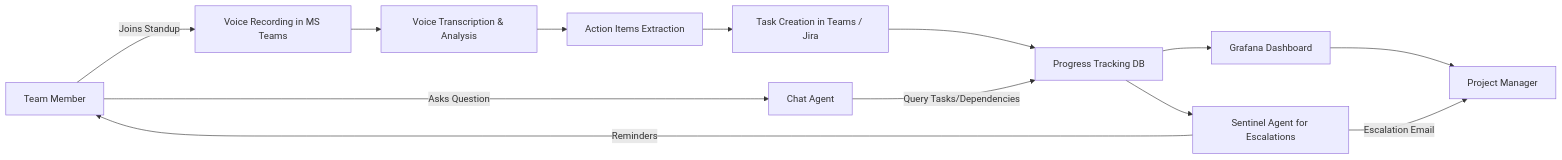
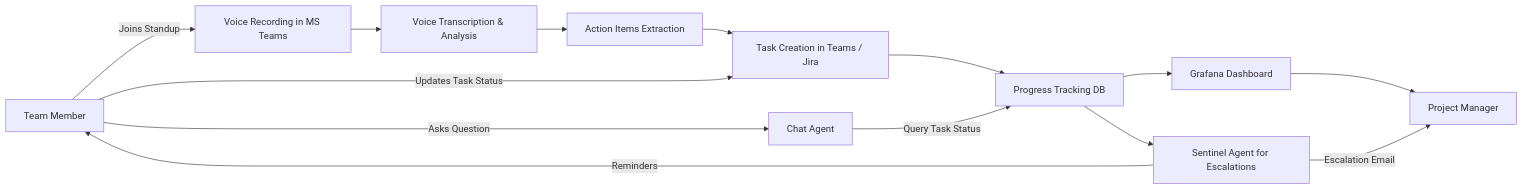
One commit to dullaraviteja7/agentic-ai changed the third of 3 diagrams in README.md. Above: the diagram before and after it, drawn with Mermaid. The commit also changed other lines of this file, not shown here.

````diff
--- a/README.md
+++ b/README.md
@@ -254,16 +242,18 @@
 ```mermaid
 graph LR
     A[Team Member] -->|Joins Standup| B[Voice Recording in MS Teams]
     B --> C[Voice Transcription & Analysis]
     C --> D[Action Items Extraction]
     D --> E[Task Creation in Teams / Jira]
+    A -->|Updates Task Status| E
     E --> F[Progress Tracking DB]
     F --> G[Grafana Dashboard]
     G --> H[Project Manager]
     F --> I[Sentinel Agent for Escalations]
     I -->|Reminders| A
     I -->|Escalation Email| H
     A -->|Asks Question| J[Chat Agent]
-    J -->|Query Tasks/Dependencies| F
+    J -->|Query Task Status| F
+
 
 ```
````
